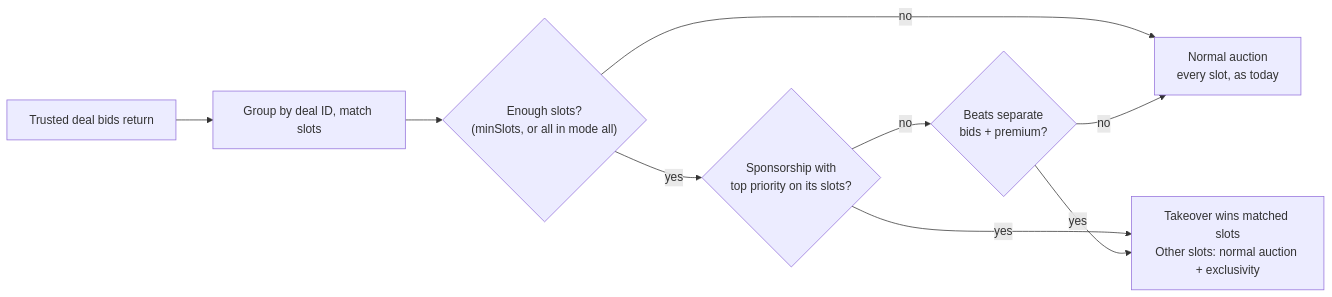
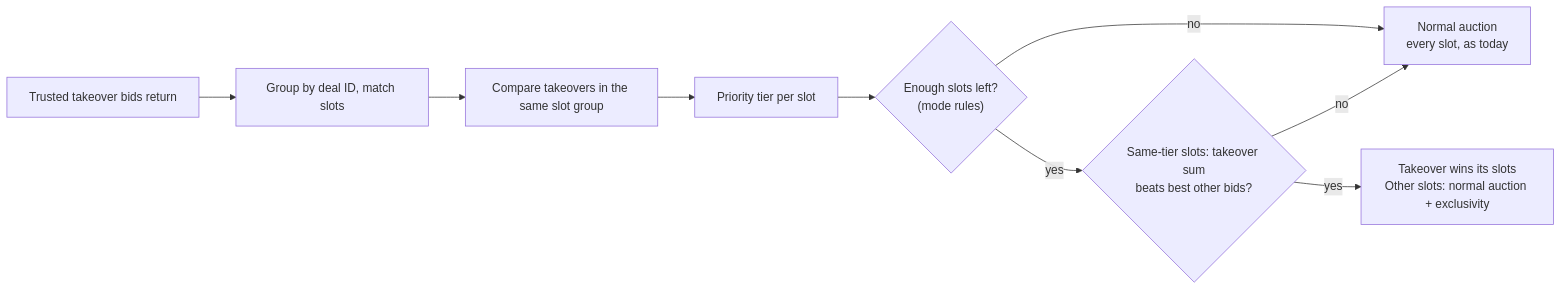
One commit to WhimsicalCoder/prebid-bundle-auction changed the diagram in SPEC.md. Above: the diagram before and after it, drawn with Mermaid. The commit also changed other lines of this file and 1 other file, not shown here.

````diff
--- a/SPEC.md
+++ b/SPEC.md
@@ -136,11 +138,11 @@
 ```mermaid
 flowchart LR
-    A[Trusted deal bids return] --> B[Group by deal ID, match slots]
-    B --> C{"Enough slots?<br/>(minSlots, or all in mode all)"}
+    A[Trusted takeover bids return] --> B[Group by deal ID, match slots]
+    B --> T[Compare takeovers in the same slot group]
+    T --> P[Priority tier per slot]
+    P --> C{"Enough slots left?<br/>(mode rules)"}
     C -- no --> N["Normal auction<br/>every slot, as today"]
-    C -- yes --> S{"Sponsorship with<br/>top priority on its slots?"}
-    S -- yes --> W["Takeover wins matched slots<br/>Other slots: normal auction + exclusivity"]
-    S -- no --> D{"Beats separate<br/>bids + premium?"}
+    C -- yes --> D{"Same-tier slots: takeover sum<br/>beats best other bids?"}
     D -- no --> N
-    D -- yes --> W
+    D -- yes --> W["Takeover wins its slots<br/>Other slots: normal auction + exclusivity"]
 ```
````
